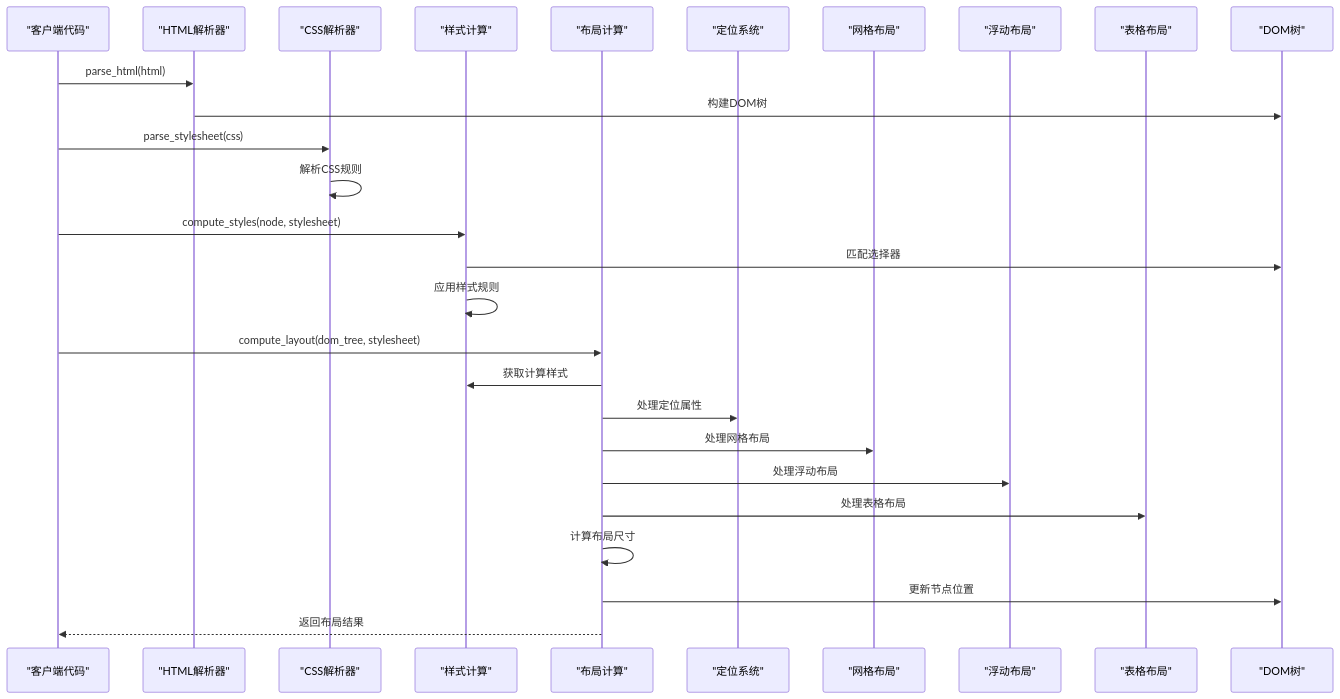
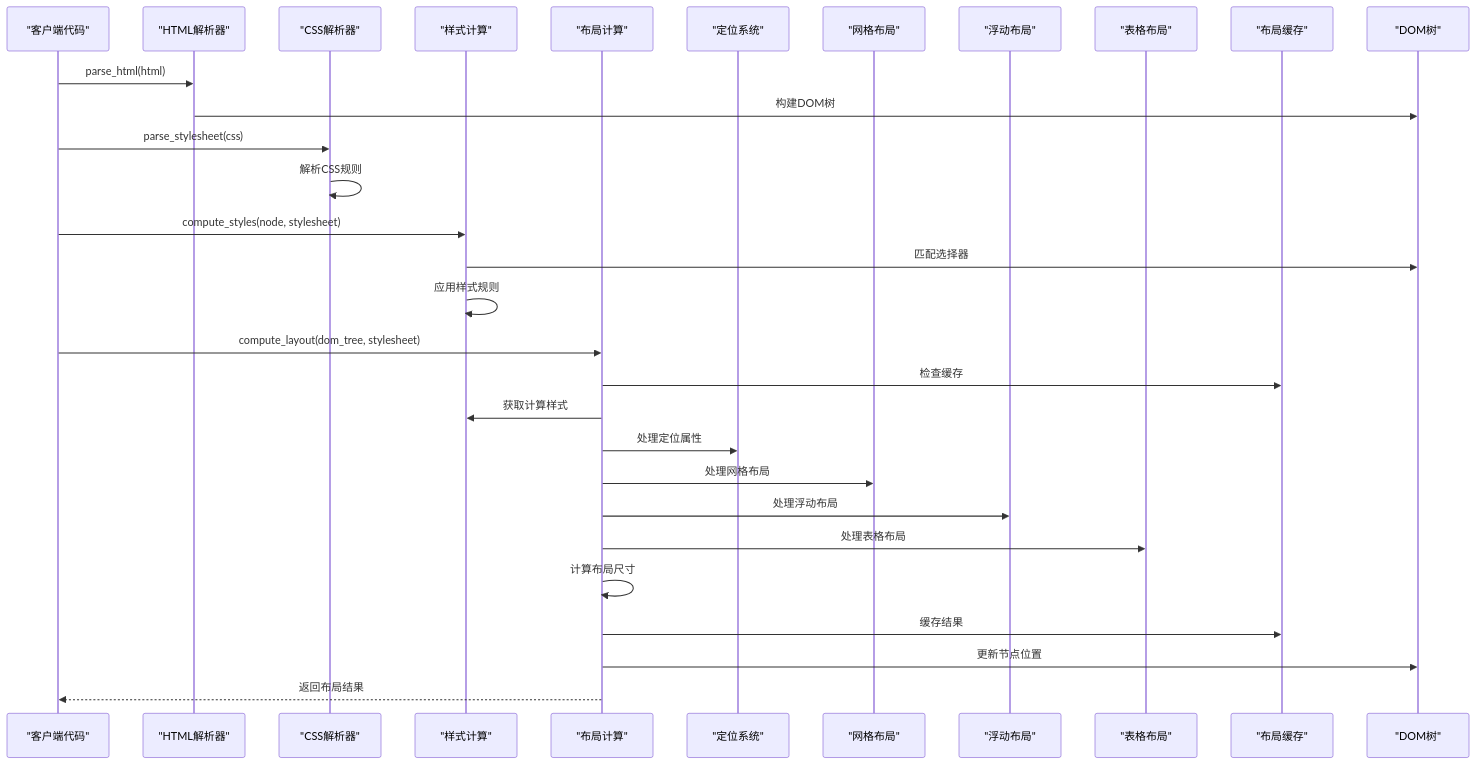
Before and after one commit to itszzl-sudo/iris: the second of 20 diagrams in .qoder/repowiki/zh/content/技术架构详解/布局样式系统/iris-layout布局引擎/iris-layout布局引擎.md, drawn with Mermaid. The commit also changed other lines of this file and 8 other files, not shown here.

````diff
--- a/.qoder/repowiki/zh/content/技术架构详解/布局样式系统/iris-layout布局引擎/iris-layout布局引擎.md
+++ b/.qoder/repowiki/zh/content/技术架构详解/布局样式系统/iris-layout布局引擎/iris-layout布局引擎.md
@@ -164,29 +166,32 @@
 ```mermaid
 sequenceDiagram
 participant Client as "客户端代码"
 participant HTML as "HTML解析器"
 participant CSS as "CSS解析器"
 participant Style as "样式计算"
 participant Layout as "布局计算"
 participant Positioning as "定位系统"
 participant Grid as "网格布局"
 participant Float as "浮动布局"
 participant Table as "表格布局"
+participant Cache as "布局缓存"
 participant DOM as "DOM树"
 Client->>HTML : parse_html(html)
 HTML->>DOM : 构建DOM树
 Client->>CSS : parse_stylesheet(css)
 CSS->>CSS : 解析CSS规则
 Client->>Style : compute_styles(node, stylesheet)
 Style->>DOM : 匹配选择器
 Style->>Style : 应用样式规则
 Client->>Layout : compute_layout(dom_tree, stylesheet)
+Layout->>Cache : 检查缓存
 Layout->>Style : 获取计算样式
 Layout->>Positioning : 处理定位属性
 Layout->>Grid : 处理网格布局
 Layout->>Float : 处理浮动布局
 Layout->>Table : 处理表格布局
 Layout->>Layout : 计算布局尺寸
+Layout->>Cache : 缓存结果
 Layout->>DOM : 更新节点位置
 Layout-->>Client : 返回布局结果
 ```
````
